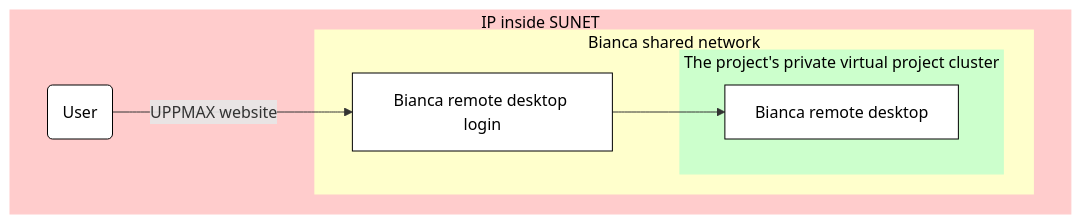
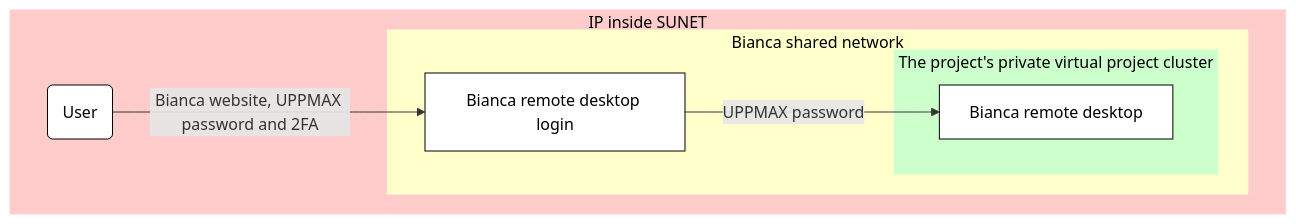
The fourth of 6 diagrams in docs/getting_started/login_bianca.md (UPPMAX/UPPMAX-documentation), drawn with Mermaid before and after one commit. The commit also changed other lines of this file, not shown here.

Commit message:
Show type of info needed

````diff
--- a/docs/getting_started/login_bianca.md
+++ b/docs/getting_started/login_bianca.md
@@ -472,29 +472,29 @@
 ```mermaid
 flowchart TD
 
     %% Give a white background, instead of a transparent one
     classDef node fill:#fff,color:#000,stroke:#000
 
     subgraph sub_inside[IP inside SUNET]
 
       user(User)
 
       subgraph sub_bianca_shared_env[Bianca shared network]
-        bianca_shared_remote_desktop[Bianca remote desktop login]:::no_focus_node
+        bianca_shared_remote_desktop[Bianca remote desktop login]
         subgraph sub_bianca_private_env[The project's private virtual project cluster]
           bianca_private_remote_desktop[Bianca remote desktop] 
         end
       end
     end
 
     %% Shared subgraph color scheme
     %% style sub_outside fill:#ccc,color:#000,stroke:#ccc
     style sub_inside fill:#fcc,color:#000,stroke:#fcc
     style sub_bianca_shared_env fill:#ffc,color:#000,stroke:#ffc
     style sub_bianca_private_env fill:#cfc,color:#000,stroke:#cfc
 
     %% Inside SUNET
-    user-->|UPPMAX website|bianca_shared_remote_desktop
+    user-->|Bianca website, UPPMAX password and 2FA|bianca_shared_remote_desktop
 
-    bianca_shared_remote_desktop --> bianca_private_remote_desktop
+    bianca_shared_remote_desktop --> |UPPMAX password| bianca_private_remote_desktop
 ```
````
